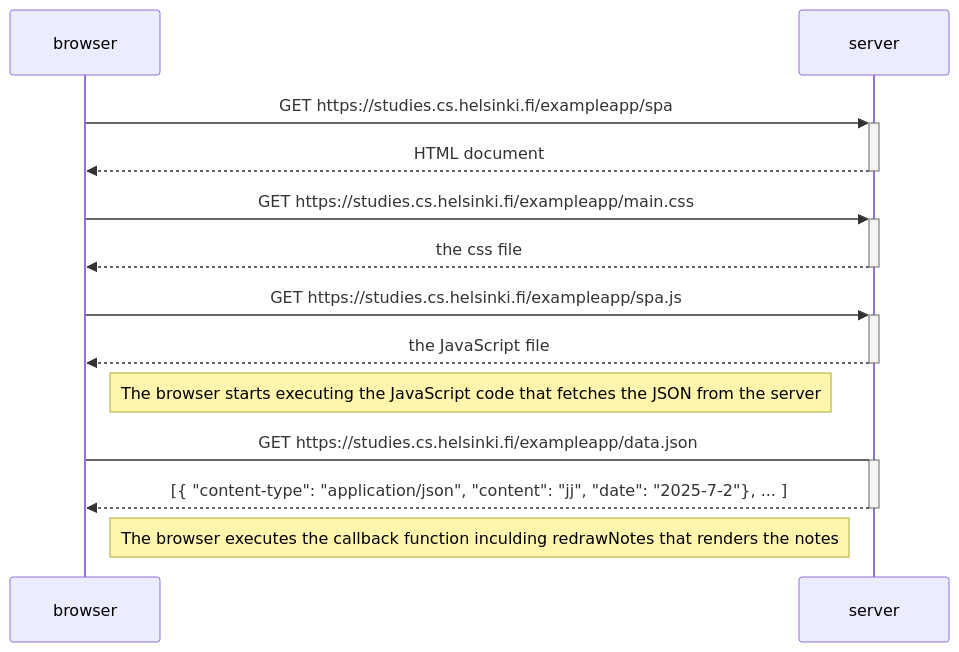
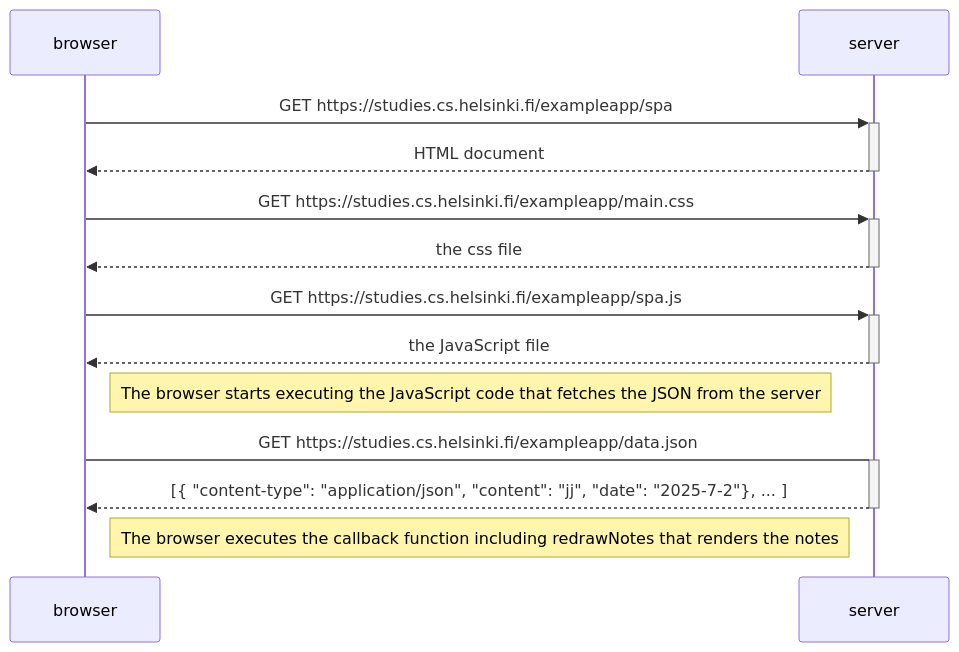
One commit to nhaefner/fullstackopen changed the diagram in part0/exercise-0.5.md. Above: the diagram before and after it, drawn with Mermaid.

````diff
--- a/part0/exercise-0.5.md
+++ b/part0/exercise-0.5.md
@@ -1,18 +1,18 @@
 ```mermaid
 
 sequenceDiagram
         participant browser
         participant server
 
         browser->>+server: GET https://studies.cs.helsinki.fi/exampleapp/spa
         server-->>-browser: HTML document
         browser->>+server: GET https://studies.cs.helsinki.fi/exampleapp/main.css
         server-->>-browser: the css file
         browser->>+server: GET https://studies.cs.helsinki.fi/exampleapp/spa.js
         server-->>-browser: the JavaScript file
         Note right of browser: The browser starts executing the JavaScript code that fetches the JSON from the server
         browser->+server: GET https://studies.cs.helsinki.fi/exampleapp/data.json
         server-->>-browser: [{ "content-type": "application/json", "content": "jj", "date": "2025-7-2"}, ... ]
-        Note right of browser: The browser executes the callback function inculding redrawNotes that renders the notes
+        Note right of browser: The browser executes the callback function including redrawNotes that renders the notes
 
 ```
````
